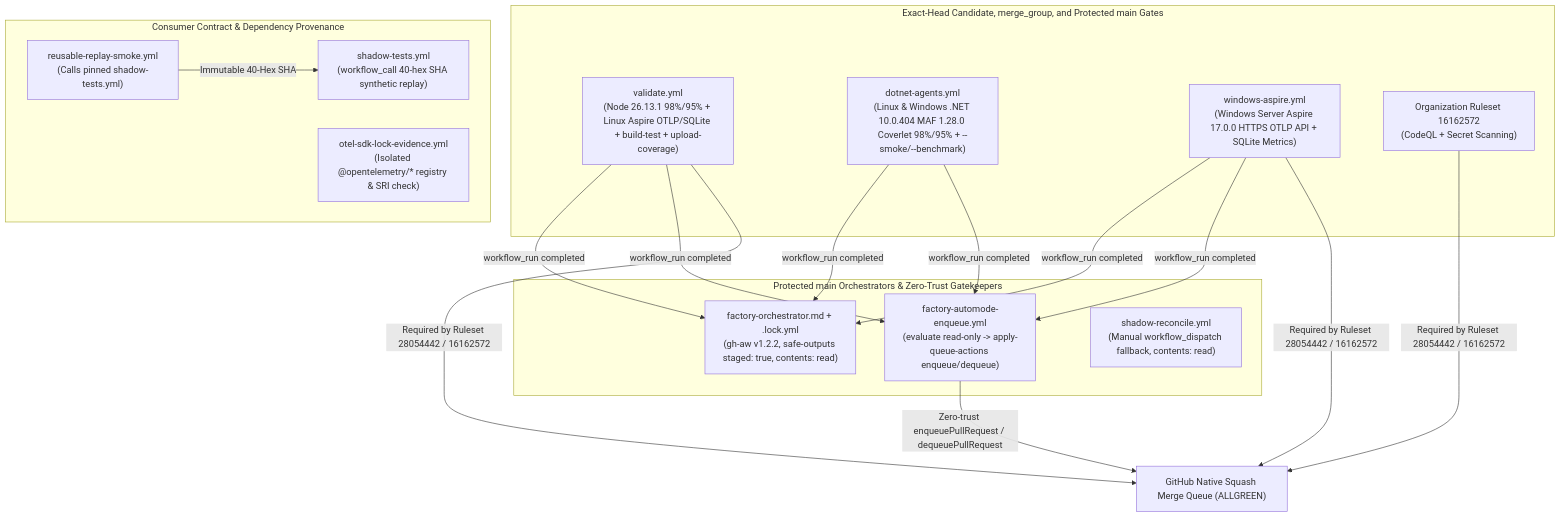
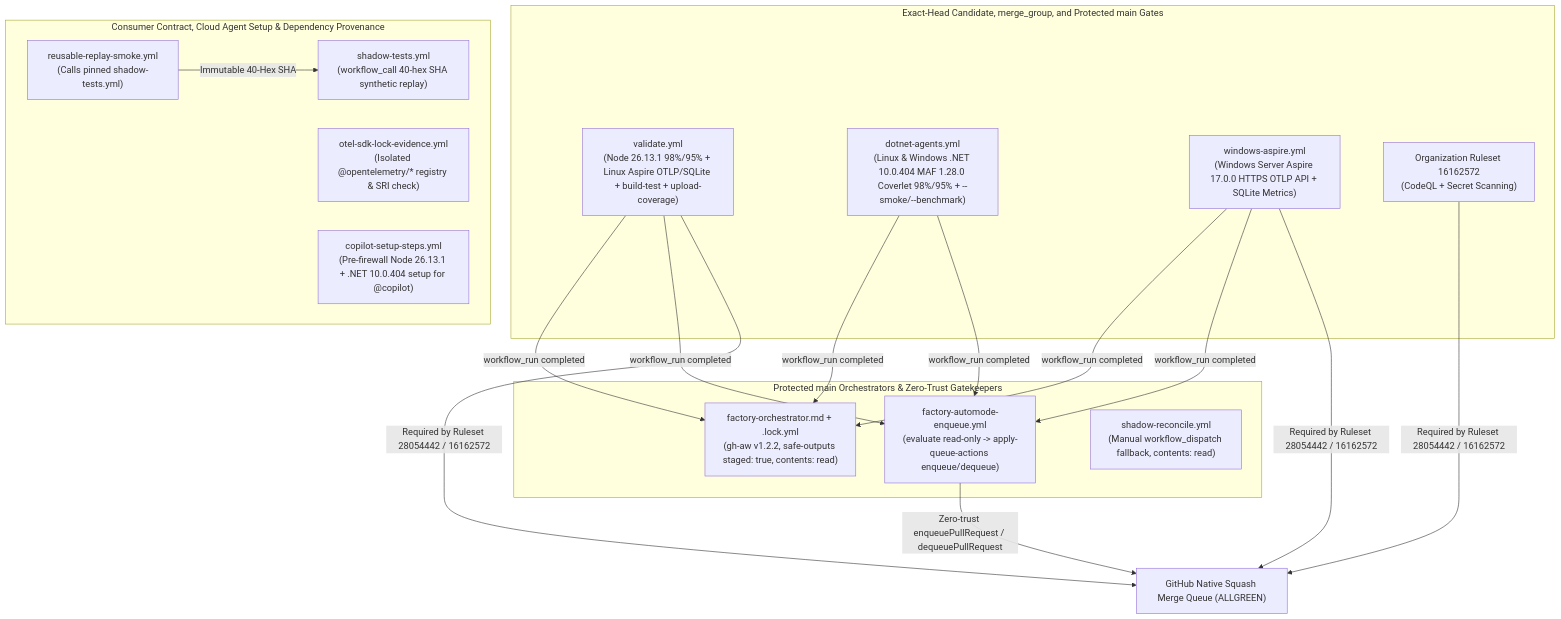
The first of 3 diagrams in docs/WORKFLOWS.md (Jamula/SoftwareFactory), drawn with Mermaid before and after one commit. The commit also changed other lines of this file and 4 other files, not shown here.

````diff
--- a/docs/WORKFLOWS.md
+++ b/docs/WORKFLOWS.md
@@ -25,26 +26,27 @@
 ```mermaid
 flowchart TB
   subgraph ORCH["Protected main Orchestrators & Zero-Trust Gatekeepers"]
     W1["factory-orchestrator.md + .lock.yml<br/>(gh-aw v1.2.2, safe-outputs staged: true, contents: read)"]
     W9["factory-automode-enqueue.yml<br/>(evaluate read-only -> apply-queue-actions enqueue/dequeue)"]
     W2["shadow-reconcile.yml<br/>(Manual workflow_dispatch fallback, contents: read)"]
   end
 
   subgraph GATES["Exact-Head Candidate, merge_group, and Protected main Gates"]
     W3["validate.yml<br/>(Node 26.13.1 98%/95% + Linux Aspire OTLP/SQLite + build-test + upload-coverage)"]
     W4["dotnet-agents.yml<br/>(Linux & Windows .NET 10.0.404 MAF 1.28.0 Coverlet 98%/95% + --smoke/--benchmark)"]
     W5["windows-aspire.yml<br/>(Windows Server Aspire 17.0.0 HTTPS OTLP API + SQLite Metrics)"]
     CQL["Organization Ruleset 16162572<br/>(CodeQL + Secret Scanning)"]
   end
 
-  subgraph REUSE["Consumer Contract & Dependency Provenance"]
+  subgraph REUSE["Consumer Contract, Cloud Agent Setup & Dependency Provenance"]
     W6["reusable-replay-smoke.yml<br/>(Calls pinned shadow-tests.yml)"]
     W7["shadow-tests.yml<br/>(workflow_call 40-hex SHA synthetic replay)"]
     W8["otel-sdk-lock-evidence.yml<br/>(Isolated @opentelemetry/* registry & SRI check)"]
+    W10["copilot-setup-steps.yml<br/>(Pre-firewall Node 26.13.1 + .NET 10.0.404 setup for @copilot)"]
   end
 
   W6 -->|"Immutable 40-Hex SHA"| W7
   W3 & W4 & W5 -->|"workflow_run completed"| W1 & W9
   W9 -->|"Zero-trust enqueuePullRequest / dequeuePullRequest"| MQ["GitHub Native Squash Merge Queue (ALLGREEN)"]
   W3 & W5 & CQL -->|"Required by Ruleset 28054442 / 16162572"| MQ
 ```
````
